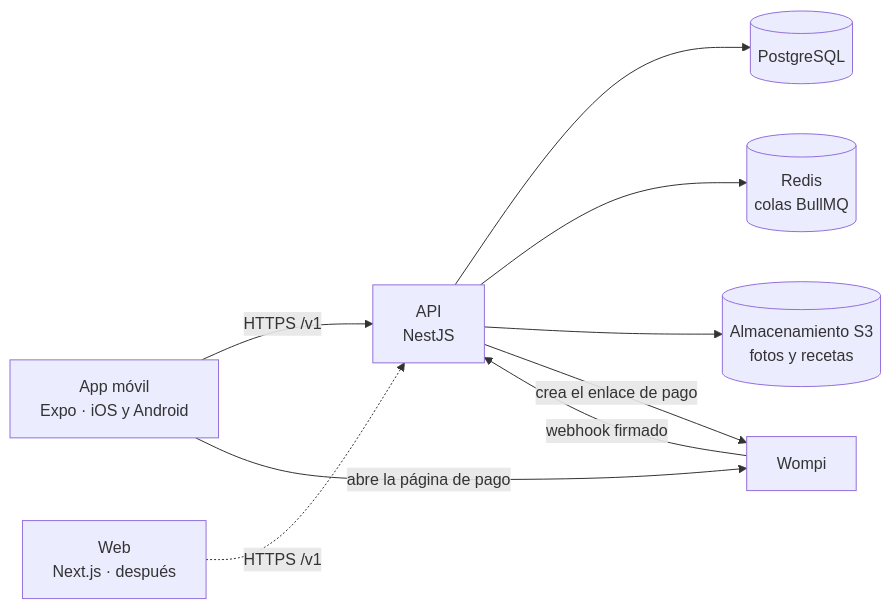
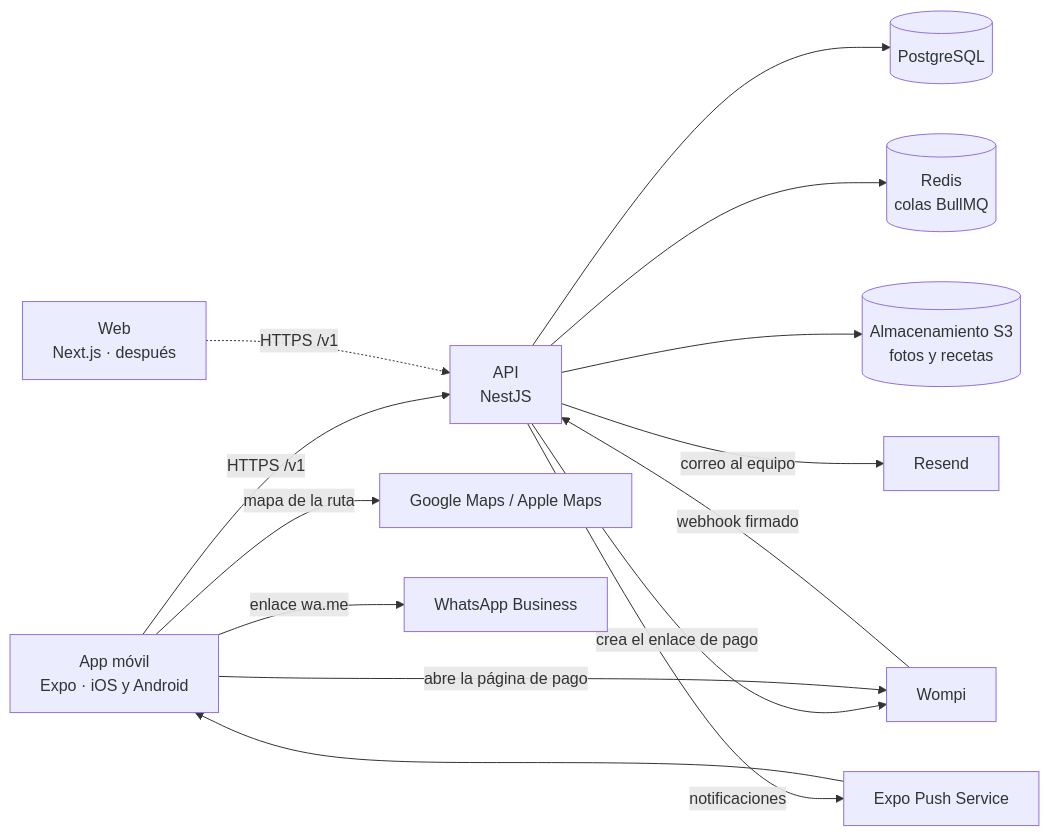
The diagram in docs/arquitectura.md (DreGi0/pawie-care), drawn with Mermaid before and after one commit. The commit also changed other lines of this file and 6 other files, not shown here.

````diff
--- a/docs/arquitectura.md
+++ b/docs/arquitectura.md
@@ -14,11 +16,16 @@
 ```mermaid
 flowchart LR
   app["App móvil<br/>Expo · iOS y Android"] -->|HTTPS /v1| api["API<br/>NestJS"]
   web["Web<br/>Next.js · después"] -.->|HTTPS /v1| api
   api --> db[("PostgreSQL")]
   api --> redis[("Redis<br/>colas BullMQ")]
   api --> s3[("Almacenamiento S3<br/>fotos y recetas")]
   api -->|crea el enlace de pago| wompi["Wompi"]
   app -->|abre la página de pago| wompi
   wompi -->|webhook firmado| api
+  api -->|notificaciones| push["Expo Push Service"]
+  push --> app
+  api -->|correo al equipo| mail["Resend"]
+  app -->|mapa de la ruta| maps["Google Maps / Apple Maps"]
+  app -->|enlace wa.me| wa["WhatsApp Business"]
 ```
````
